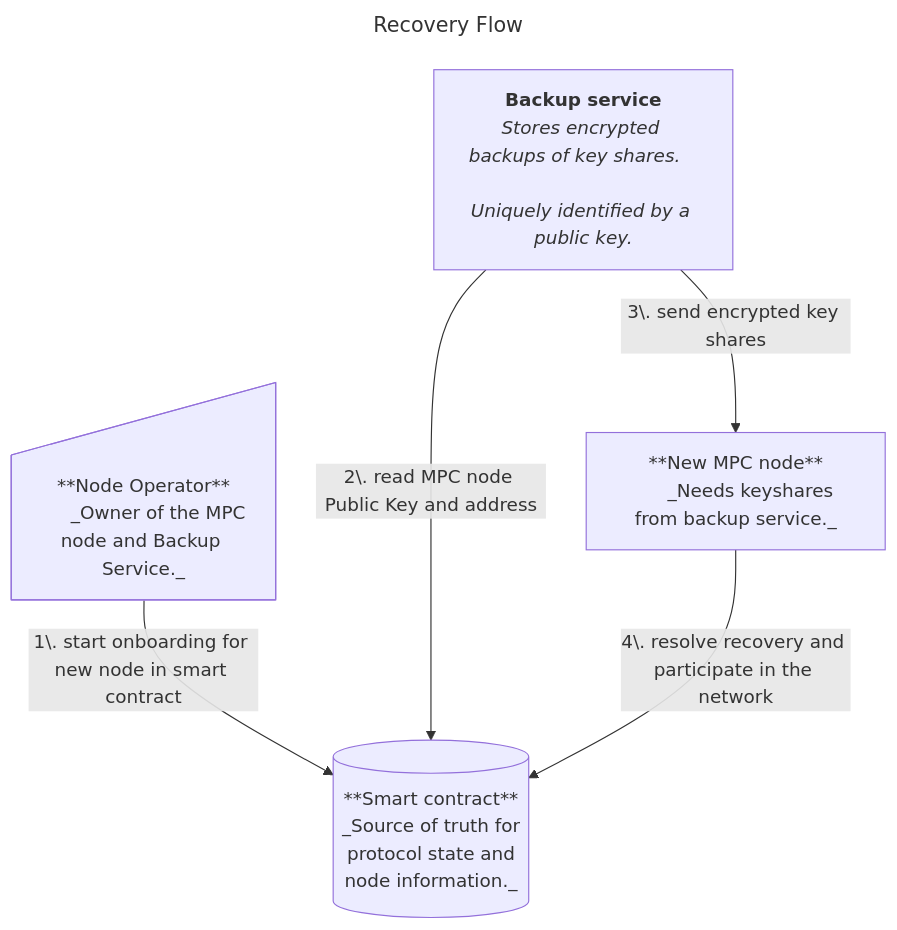
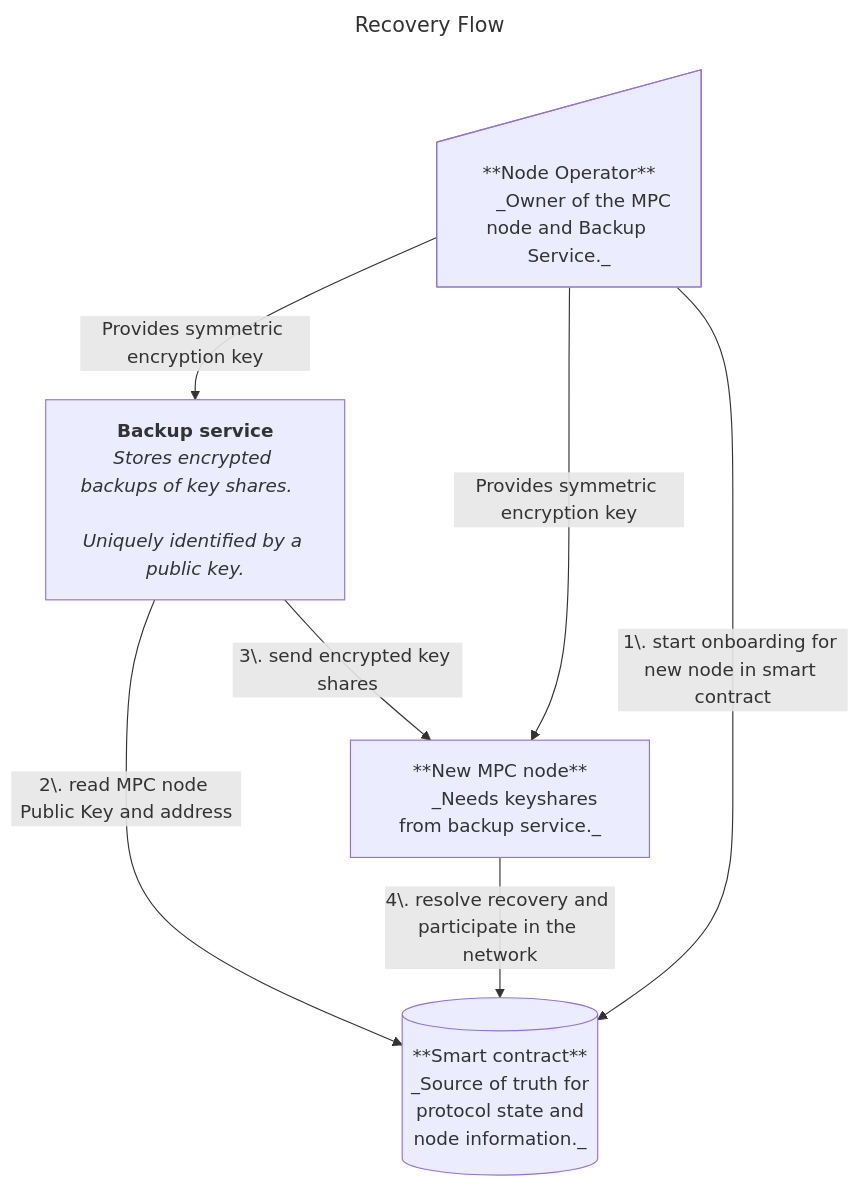
The second of 2 diagrams in docs/migration-service.md (near/mpc), drawn with Mermaid before and after one commit. The commit also changed other lines of this file, not shown here.

````diff
--- a/docs/migration-service.md
+++ b/docs/migration-service.md
@@ -66,30 +114,32 @@
 ```mermaid
 ---
 title: Recovery Flow
 ---
 flowchart TD
     NO["**Node Operator**
       _Owner of the MPC node and Backup Service._"]
 
     SC["**Smart contract**
       _Source of truth for
       protocol state and
       node information._"]
       
     BS@{ label: "**Backup service**
         _Stores encrypted backups of key shares.     
         Uniquely identified by a public key._" }
 
     MPC["**New MPC node**
       _Needs keyshares from backup service._"]
     
+    NO -->|Provides symmetric encryption key| BS;
+    NO -->|Provides symmetric encryption key| MPC;
     NO -- "1\. start onboarding for new node in smart contract" --> SC
     BS -- "2\. read MPC node Public Key and address" --> SC
     BS -- "3\. send encrypted key shares" --> MPC
     MPC -- "4\. resolve recovery and participate in the network" --> SC
 
     NO@{ shape: manual-input}
     SC@{ shape: db}
     BS@{ shape: proc}
     MPC@{ shape: proc}
 ```
````
